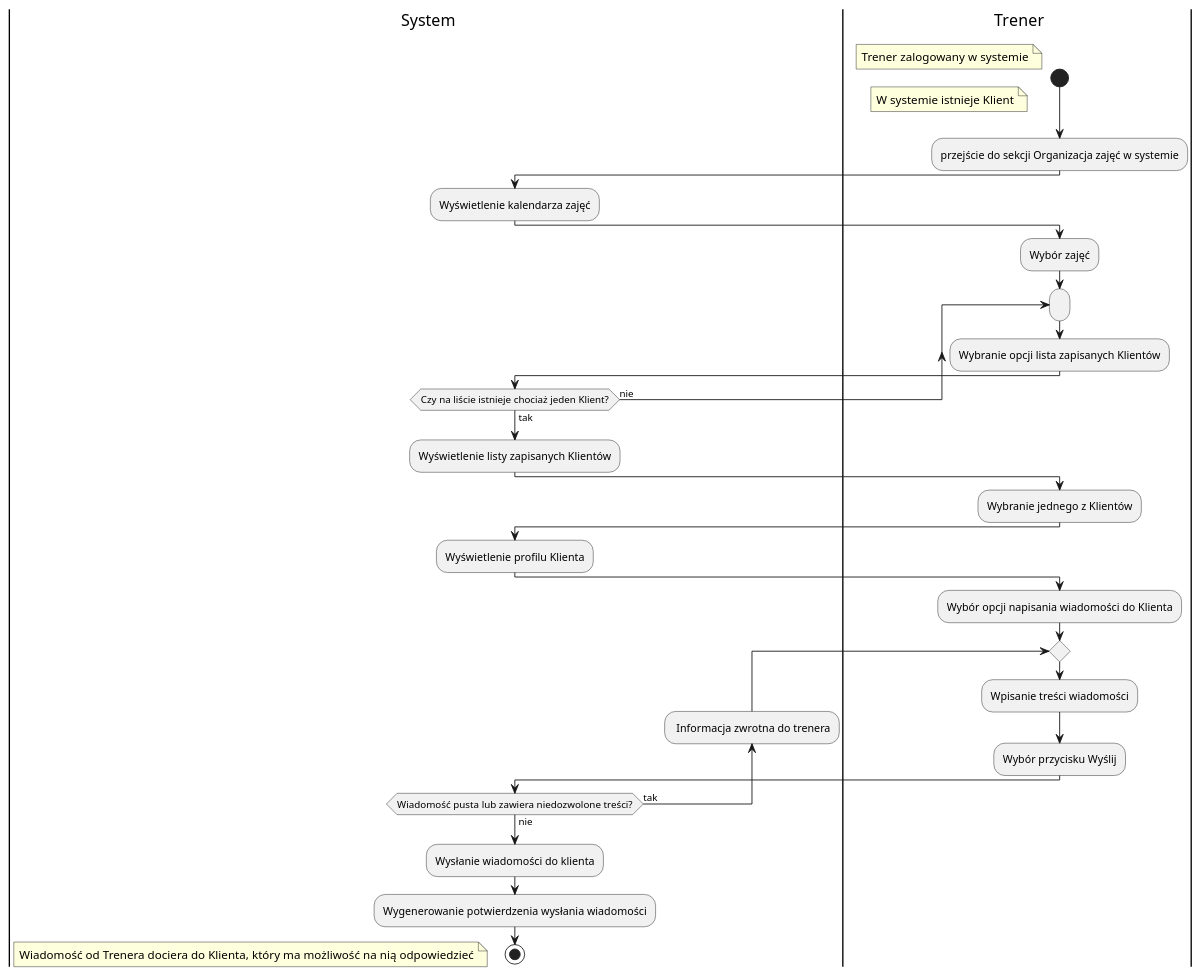
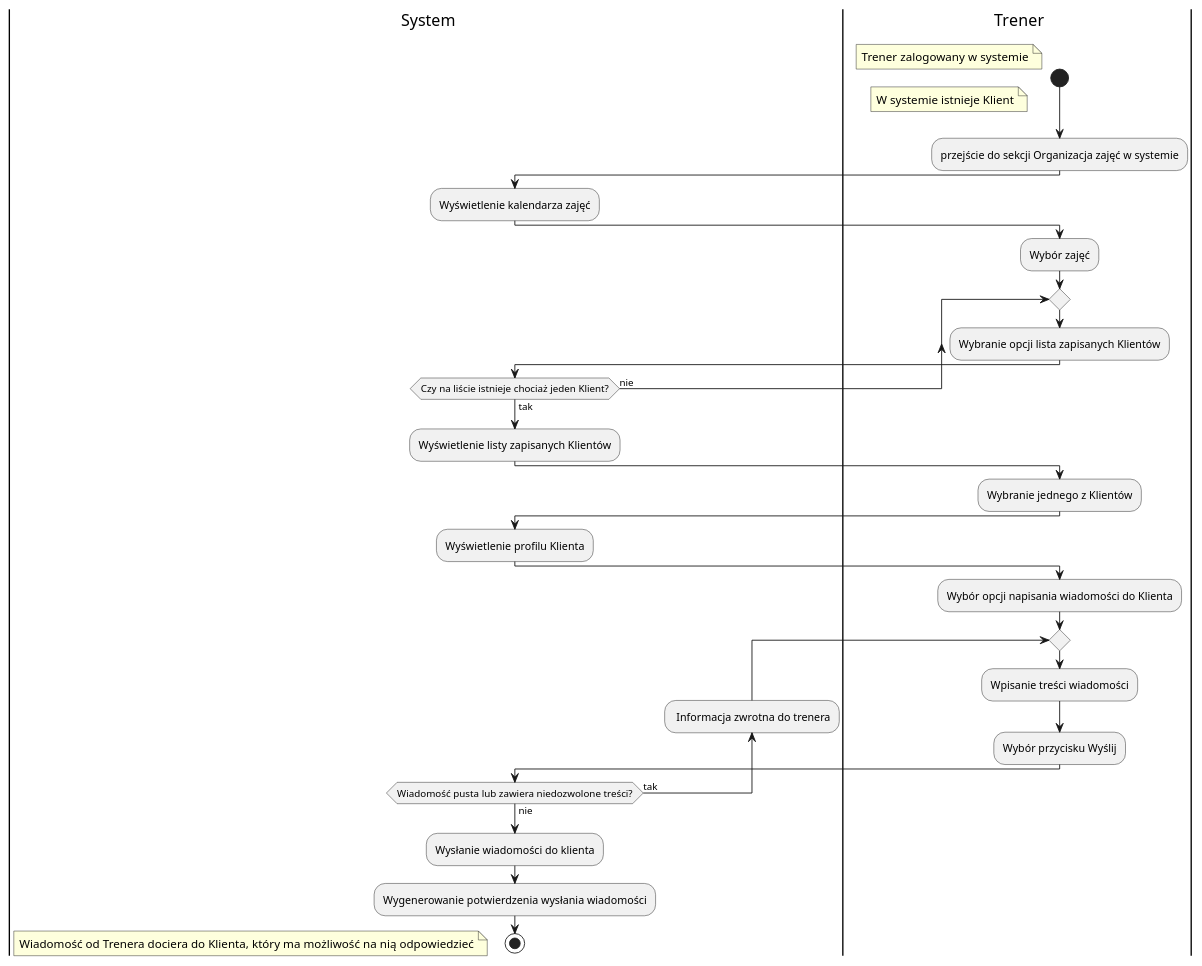
Before and after one commit to filip-stepien/software-engineering-lab: the diagram in src/activity_diagrams/Damian Karwat/kontakt_trener_klient.puml, drawn with PlantUML. The commit also changed 1 other file, not shown here.

Commit message:
fixed one diagram

```diff
--- a/src/activity_diagrams/Damian Karwat/kontakt_trener_klient.puml
+++ b/src/activity_diagrams/Damian Karwat/kontakt_trener_klient.puml
@@ -1,36 +1,36 @@
 @startuml
 
 |s| System
 |t| Trener
 start
 floating note left: Trener zalogowany w systemie
 floating note left: W systemie istnieje Klient
 :przejście do sekcji Organizacja zajęć w systemie;
 |s|
 :Wyświetlenie kalendarza zajęć;
 |t|
 :Wybór zajęć;
-repeat:
-    :Wybranie opcji lista zapisanych Klientów;
-    |s|
+repeat
+:Wybranie opcji lista zapisanych Klientów;
+|s|
 repeat while (Czy na liście istnieje chociaż jeden Klient?) is (nie) not (tak)
 :Wyświetlenie listy zapisanych Klientów;
 |t|
 :Wybranie jednego z Klientów;
 |s|
 :Wyświetlenie profilu Klienta;
 |t|
 :Wybór opcji napisania wiadomości do Klienta;
 repeat
     :Wpisanie treści wiadomości;
     :Wybór przycisku Wyślij;
     |s|
 backward: Informacja zwrotna do trenera;
 repeat while (Wiadomość pusta lub zawiera niedozwolone treści?) is (tak) not (nie)
 |s|
 :Wysłanie wiadomości do klienta;
 :Wygenerowanie potwierdzenia wysłania wiadomości;
 stop
 floating note left: Wiadomość od Trenera dociera do Klienta, który ma możliwość na nią odpowiedzieć
 
 @enduml
```
